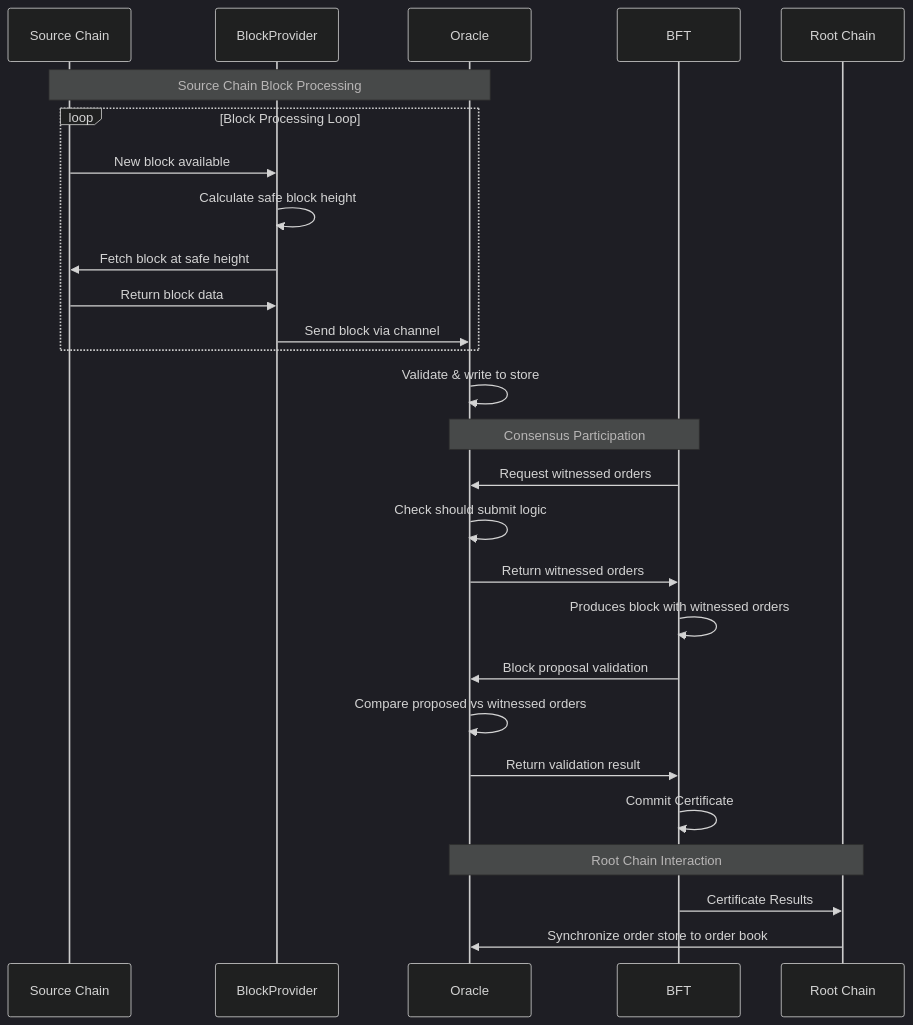
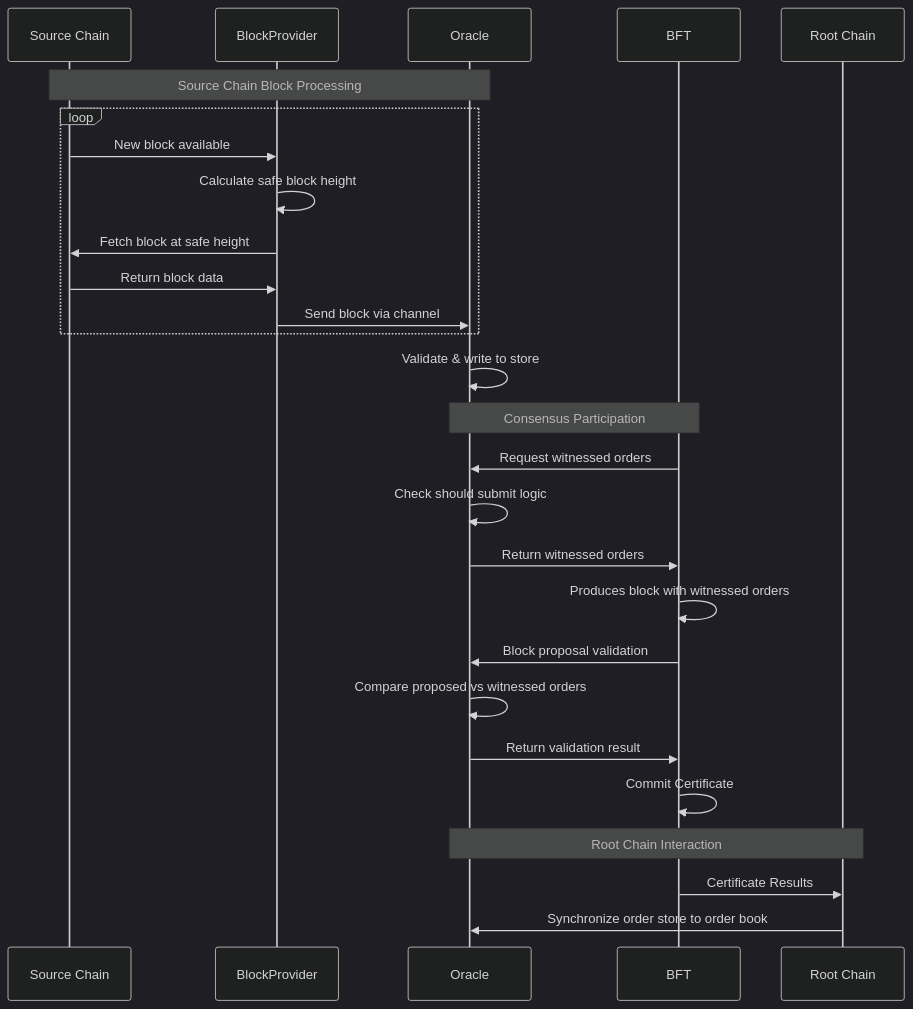
Before and after one commit to canopy-network/canopy: the diagram in cmd/rpc/oracle/ORACLE_FLOW.md, drawn with Mermaid (dark theme).

````diff
--- a/cmd/rpc/oracle/ORACLE_FLOW.md
+++ b/cmd/rpc/oracle/ORACLE_FLOW.md
@@ -11,39 +11,39 @@
 ```mermaid
 sequenceDiagram
     participant SC as Source Chain
     participant BP as BlockProvider
     participant O as Oracle
     participant BFT as BFT
     participant RC as Root Chain
 
     Note over SC,O: Source Chain Block Processing
     %% Block retrieval and processing
-loop Block Processing Loop
+loop
     SC->>BP: New block available
     BP->>BP: Calculate safe block height
     BP->>SC: Fetch block at safe height
     SC->>BP: Return block data
     BP->>O: Send block via channel
 end
     
     %% Oracle block processing
     O->>O: Validate & write to store
     
     Note over BFT,O: Consensus Participation
     %% BFT consensus integration
     BFT->>O: Request witnessed orders
     O->>O: Check should submit logic
     O->>BFT: Return witnessed orders
     BFT->>BFT: Produces block with witnessed orders
     
     %% Block proposal validation
     BFT->>O: Block proposal validation
     O->>O: Compare proposed vs witnessed orders
     O->>BFT: Return validation result
     BFT->>BFT: Commit Certificate
     
     Note over O,RC: Root Chain Interaction
     %% Root Chain interaction
     BFT->>RC: Certificate Results
     RC->>O: Synchronize order store to order book
 ```
````
